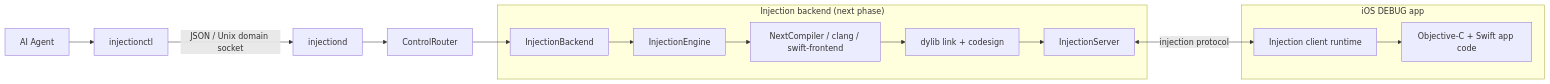
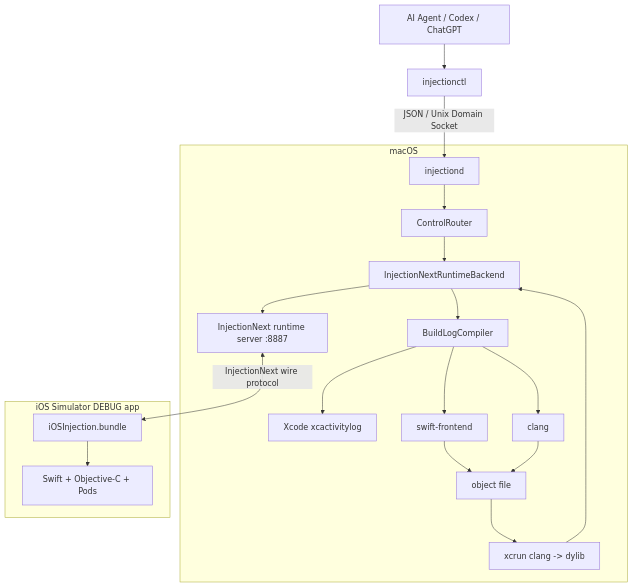
Before and after one commit to samstring/agentInjectionIII: the diagram in README.md, drawn with Mermaid. The commit also changed other lines of this file, not shown here.

Commit message:
Document end-to-end headless injection workflow

````diff
--- a/README.md
+++ b/README.md
@@ -45,22 +271,28 @@
 ```mermaid
-flowchart LR
-    Agent["AI Agent"] --> CLI["injectionctl"]
-    CLI -->|"JSON / Unix domain socket"| Daemon["injectiond"]
-    Daemon --> Router["ControlRouter"]
-    Router --> Backend["InjectionBackend"]
+flowchart TD
+    Agent["AI Agent / Codex / ChatGPT"] --> CLI["injectionctl"]
 
-    subgraph Future["Injection backend (next phase)"]
-        Backend --> Engine["InjectionEngine"]
-        Engine --> Compiler["NextCompiler / clang / swift-frontend"]
-        Compiler --> Linker["dylib link + codesign"]
-        Linker --> Server["InjectionServer"]
+    CLI -->|"JSON / Unix Domain Socket"| Daemon["injectiond"]
+
+    subgraph Host["macOS"]
+        Daemon --> Router["ControlRouter"]
+        Router --> Backend["InjectionNextRuntimeBackend"]
+        Backend --> Compiler["BuildLogCompiler"]
+        Compiler --> Logs["Xcode xcactivitylog"]
+        Compiler --> Swift["swift-frontend"]
+        Compiler --> Clang["clang"]
+        Swift --> Obj["object file"]
+        Clang --> Obj
+        Obj --> Link["xcrun clang -> dylib"]
+        Backend --> RuntimeServer["InjectionNext runtime server :8887"]
     end
 
-    subgraph App["iOS DEBUG app"]
-        Runtime["Injection client runtime"]
-        Code["Objective-C + Swift app code"]
-        Runtime --> Code
+    subgraph App["iOS Simulator DEBUG app"]
+        Client["iOSInjection.bundle"]
+        Code["Swift + Objective-C + Pods"]
+        Client --> Code
     end
 
-    Server <-->|"injection protocol"| Runtime
+    Link --> Backend
+    RuntimeServer <-->|"InjectionNext wire protocol"| Client
 ```
````
